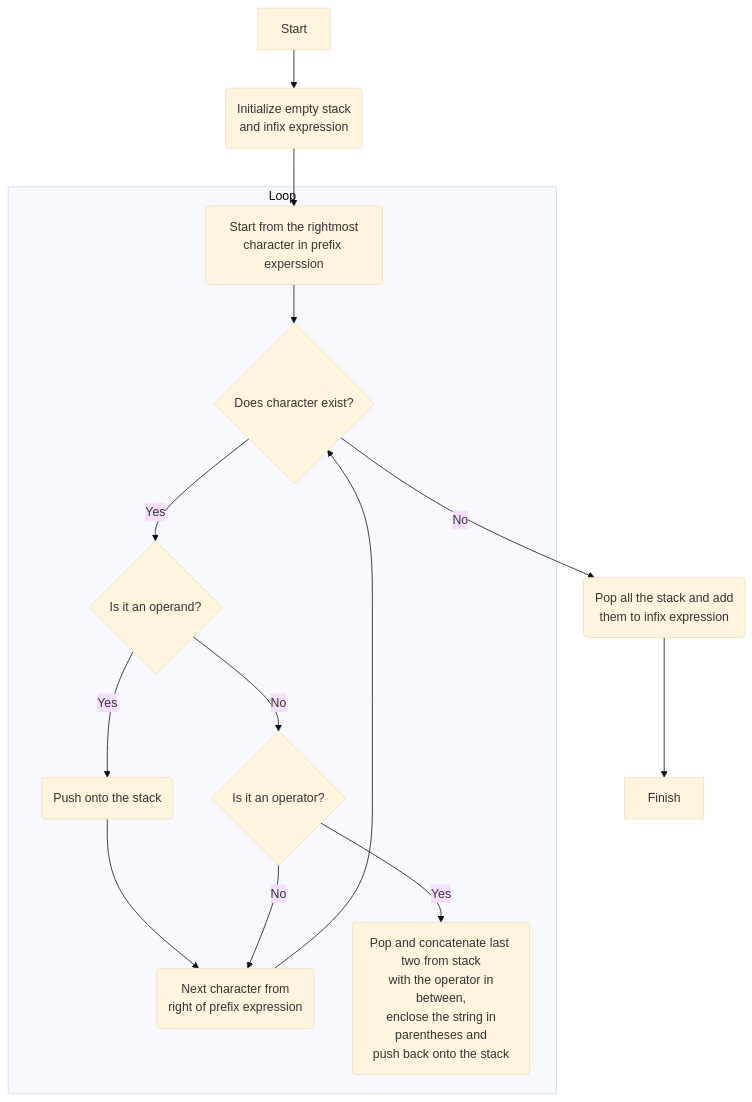
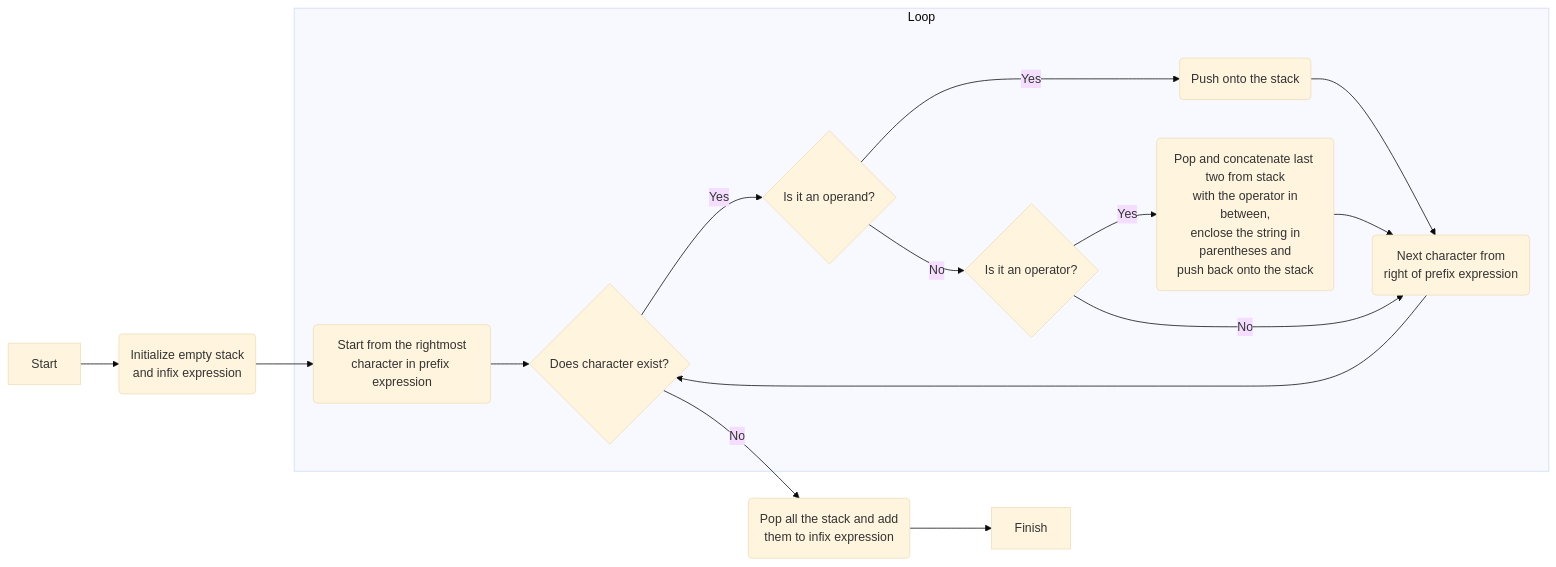
Before and after one commit to bornalgo/cpp-expression-conversions: the third of 6 diagrams in README.md, drawn with Mermaid (base theme). The commit also changed other lines of this file, not shown here.

````diff
--- a/README.md
+++ b/README.md
@@ -325,18 +257,19 @@
 ```mermaid
-graph TD;
+graph LR;
 
 Start --> Initialize("Initialize empty stack\nand infix expression")
-Initialize --> LoopStart("Start from the rightmost\ncharacter in prefix experssion")
+Initialize --> LoopStart("Start from the rightmost\ncharacter in prefix expression")
 subgraph Loop
 LoopStart --> Exists{"Does character exist?"}
 Exists --> |Yes| IsOperand{"Is it an operand?"}
 IsOperand --> |Yes| Push("Push onto the stack")
 Push --> Next("Next character from\nright of prefix expression")
 IsOperand --> |No| IsOperator{"Is it an operator?"}
 IsOperator --> |Yes| Add("Pop and concatenate last two from stack\n with the operator in between,\n enclose the string in parentheses and\npush back onto the stack")
+Add --> Next
 IsOperator --> |No| Next
 Next --> Exists
 end
 Exists --> |No| LoopExit("Pop all the stack and add\nthem to infix expression")
 LoopExit --> Finish
 ```
````
